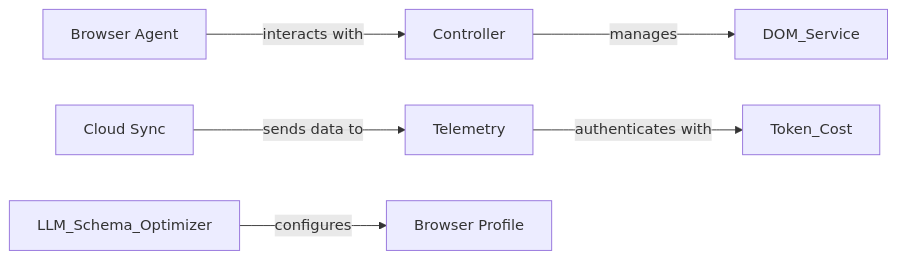
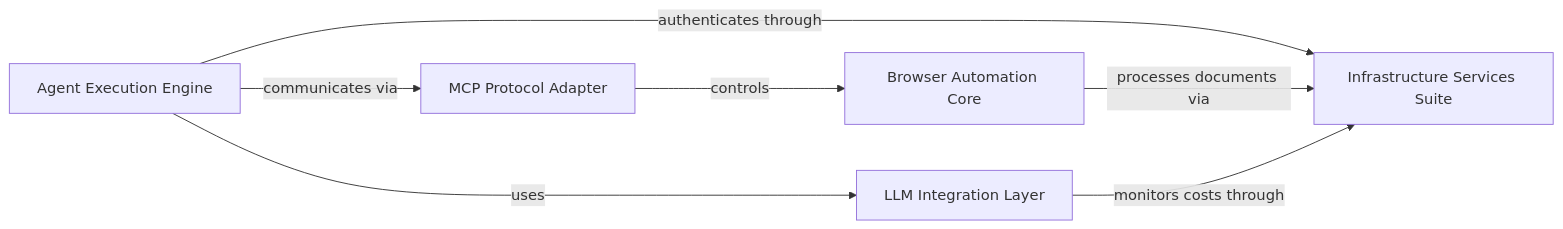
Before and after one commit to CodeBoarding/GeneratedOnBoardings: the diagram in browser-use/on_boarding.md, drawn with Mermaid. The commit also changed other lines of this file and 7 other files, not shown here.

````diff
--- a/browser-use/on_boarding.md
+++ b/browser-use/on_boarding.md
@@ -1,15 +1,19 @@
 ```mermaid
 graph LR
-    Browser_Agent["Browser Agent"]
-    Controller["Controller"]
-    Cloud_Sync["Cloud Sync"]
-    Telemetry["Telemetry"]
-    Browser_Profile["Browser Profile"]
-    Browser_Agent -- "interacts with" --> Controller
-    Controller -- "manages" --> DOM_Service
-    Cloud_Sync -- "sends data to" --> Telemetry
-    Telemetry -- "authenticates with" --> Token_Cost
-    LLM_Schema_Optimizer -- "configures" --> Browser_Profile
-    click Browser_Agent href "https://github.com/CodeBoarding/GeneratedOnBoardings/blob/main/browser-use/Browser_Agent.md" "Details"
-    click Cloud_Sync href "https://github.com/CodeBoarding/GeneratedOnBoardings/blob/main/browser-use/Cloud_Sync.md" "Details"
+    Agent_Execution_Engine["Agent Execution Engine"]
+    LLM_Integration_Layer["LLM Integration Layer"]
+    MCP_Protocol_Adapter["MCP Protocol Adapter"]
+    Browser_Automation_Core["Browser Automation Core"]
+    Infrastructure_Services_Suite["Infrastructure Services Suite"]
+    Agent_Execution_Engine -- "uses" --> LLM_Integration_Layer
+    Agent_Execution_Engine -- "authenticates through" --> Infrastructure_Services_Suite
+    Agent_Execution_Engine -- "communicates via" --> MCP_Protocol_Adapter
+    MCP_Protocol_Adapter -- "controls" --> Browser_Automation_Core
+    Browser_Automation_Core -- "processes documents via" --> Infrastructure_Services_Suite
+    LLM_Integration_Layer -- "monitors costs through" --> Infrastructure_Services_Suite
+    click Agent_Execution_Engine href "https://github.com/CodeBoarding/GeneratedOnBoardings/blob/main/browser-use/Agent_Execution_Engine.md" "Details"
+    click LLM_Integration_Layer href "https://github.com/CodeBoarding/GeneratedOnBoardings/blob/main/browser-use/LLM_Integration_Layer.md" "Details"
+    click MCP_Protocol_Adapter href "https://github.com/CodeBoarding/GeneratedOnBoardings/blob/main/browser-use/MCP_Protocol_Adapter.md" "Details"
+    click Browser_Automation_Core href "https://github.com/CodeBoarding/GeneratedOnBoardings/blob/main/browser-use/Browser_Automation_Core.md" "Details"
+    click Infrastructure_Services_Suite href "https://github.com/CodeBoarding/GeneratedOnBoardings/blob/main/browser-use/Infrastructure_Services_Suite.md" "Details"
 ```
````
